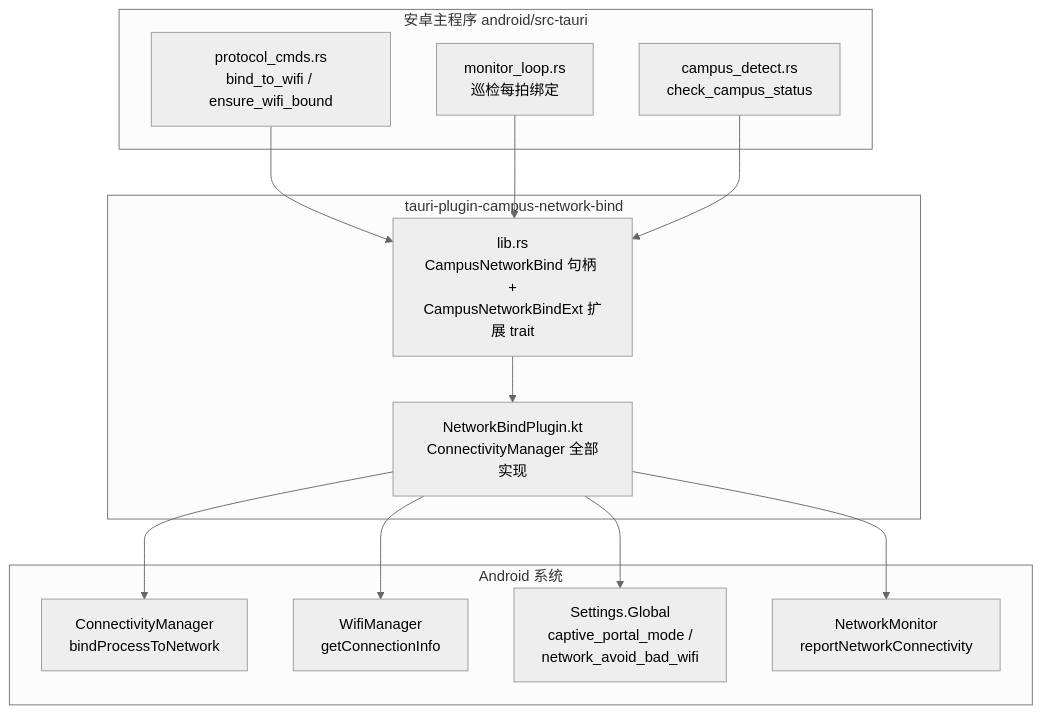
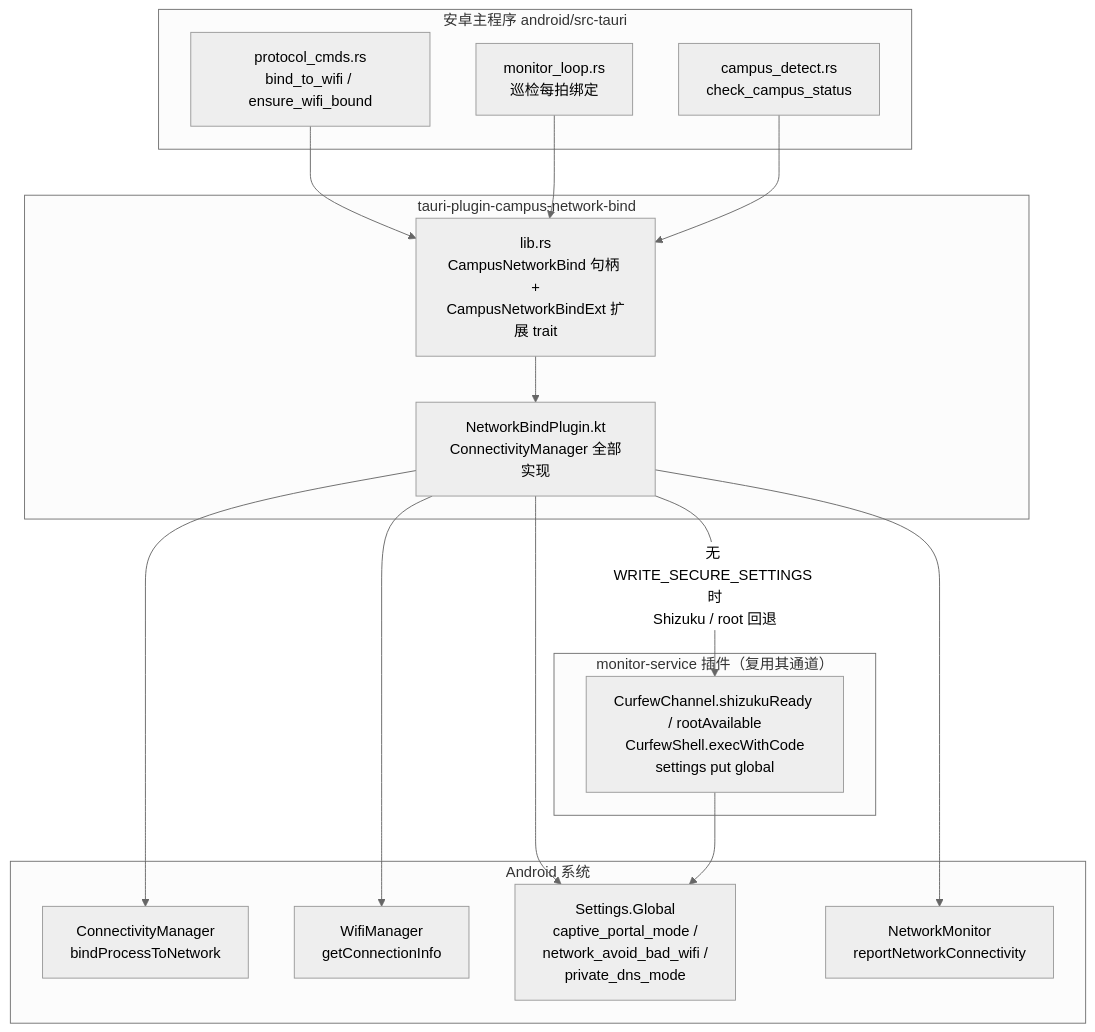
The first of 2 diagrams in .codewiki/modules/android-plugins-network-bind.md (ikliml666/Wxxy-CampusLogin), drawn with Mermaid (neutral theme) before and after one commit. The commit also changed other lines of this file and 12 other files, not shown here.

````diff
--- a/.codewiki/modules/android-plugins-network-bind.md
+++ b/.codewiki/modules/android-plugins-network-bind.md
@@ -38,28 +39,34 @@
 ```mermaid
 flowchart TB
     subgraph Rust["安卓主程序 android/src-tauri"]
         PC["protocol_cmds.rs<br/>bind_to_wifi / ensure_wifi_bound"]
         ML["monitor_loop.rs<br/>巡检每拍绑定"]
         CD["campus_detect.rs<br/>check_campus_status"]
     end
 
     subgraph Plugin["tauri-plugin-campus-network-bind"]
         LIB["lib.rs<br/>CampusNetworkBind 句柄 +<br/>CampusNetworkBindExt 扩展 trait"]
         KT["NetworkBindPlugin.kt<br/>ConnectivityManager 全部实现"]
     end
 
     subgraph System["Android 系统"]
         CM["ConnectivityManager<br/>bindProcessToNetwork"]
         GW["WifiManager<br/>getConnectionInfo"]
-        SG["Settings.Global<br/>captive_portal_mode /<br/>network_avoid_bad_wifi"]
+        SG["Settings.Global<br/>captive_portal_mode /<br/>network_avoid_bad_wifi /<br/>private_dns_mode"]
         NM["NetworkMonitor<br/>reportNetworkConnectivity"]
+    end
+
+    subgraph Shell["monitor-service 插件（复用其通道）"]
+        SH["CurfewChannel.shizukuReady / rootAvailable<br/>CurfewShell.execWithCode<br/>settings put global"]
     end
 
     PC --> LIB --> KT
     ML --> LIB
     CD --> LIB
     KT --> CM
     KT --> GW
     KT --> SG
     KT --> NM
+    KT -->|"无 WRITE_SECURE_SETTINGS 时<br/>Shizuku / root 回退"| SH
+    SH --> SG
 ```
````
